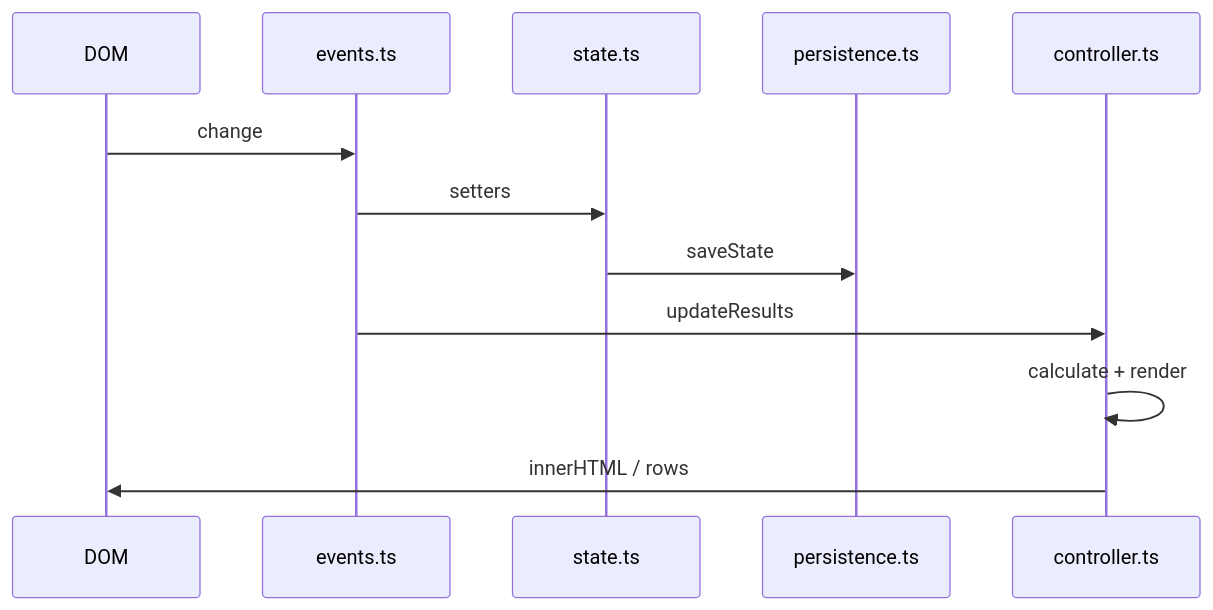
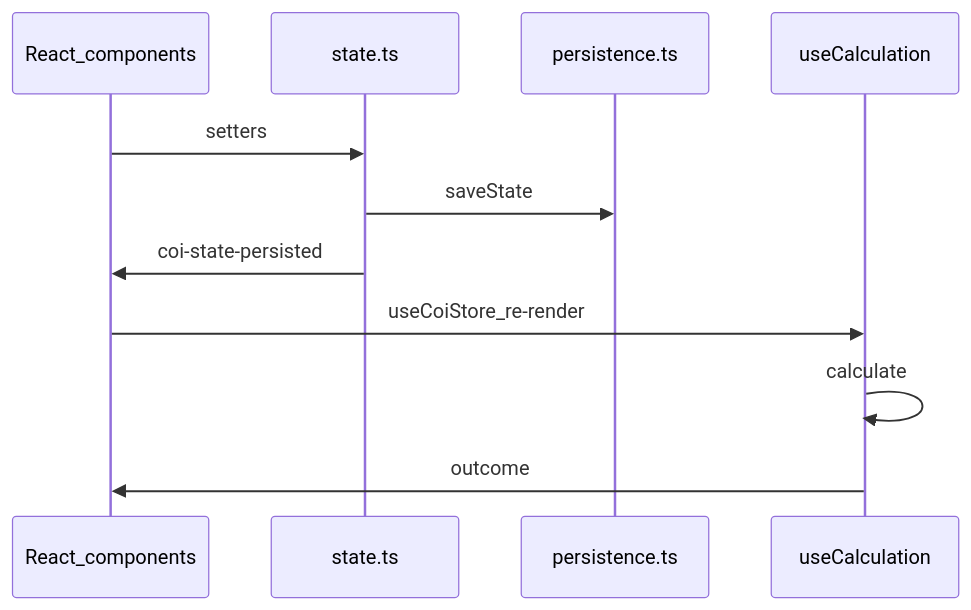
One commit to ben-shepherd/captain-of-industry-calculator changed the diagram in docs/technical-architecture.md. Above: the diagram before and after it, drawn with Mermaid. The commit also changed other lines of this file and 8 other files, not shown here.

````diff
--- a/docs/technical-architecture.md
+++ b/docs/technical-architecture.md
@@ -20,14 +23,13 @@
 ```mermaid
 sequenceDiagram
-  participant DOM
-  participant Events as events.ts
+  participant React as React_components
   participant State as state.ts
   participant Persist as persistence.ts
-  participant Controller as controller.ts
-  DOM->>Events: change
-  Events->>State: setters
+  participant Hook as useCalculation
+  React->>State: setters
   State->>Persist: saveState
-  Events->>Controller: updateResults
-  Controller->>Controller: calculate + render
-  Controller->>DOM: innerHTML / rows
+  State->>React: coi-state-persisted
+  React->>Hook: useCoiStore_re-render
+  Hook->>Hook: calculate
+  Hook->>React: outcome
 ```
````
